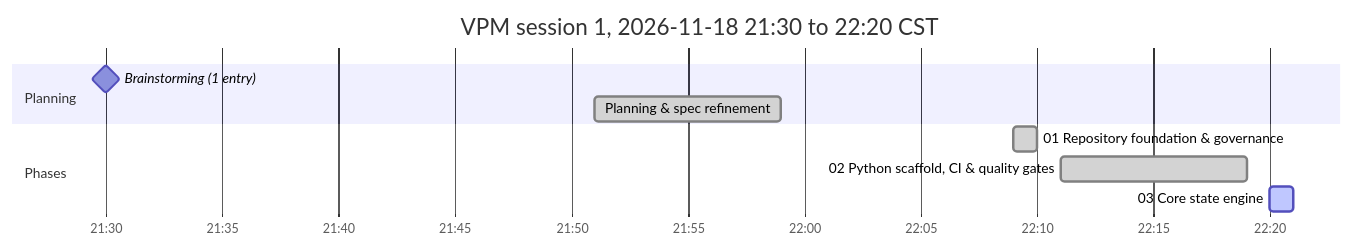
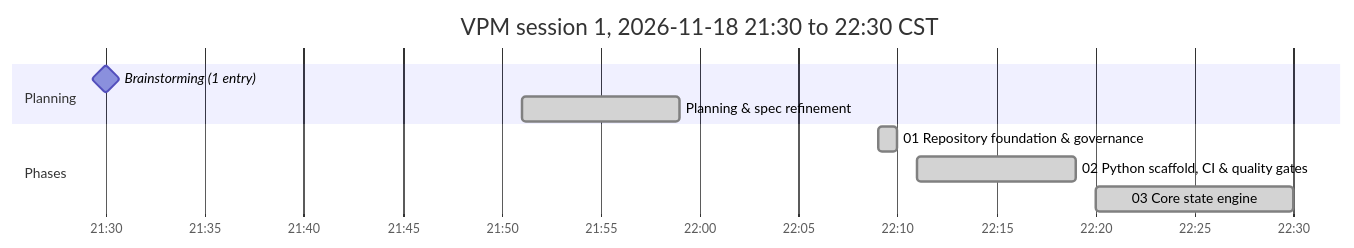
One commit to antonizick/VPNMonitor changed the diagram in VPM_IMPLEMENTATION_PLAN.md. Above: the diagram before and after it, drawn with Mermaid. The commit also changed other lines of this file and 1 other file, not shown here.

Commit message:
docs(plan): refresh timeline

````diff
--- a/VPM_IMPLEMENTATION_PLAN.md
+++ b/VPM_IMPLEMENTATION_PLAN.md
@@ -52,13 +52,13 @@
 ```mermaid
 gantt
-    title VPM session 1, 2026-11-18 21:30 to 22:20 CST
+    title VPM session 1, 2026-11-18 21:30 to 22:30 CST
     dateFormat YYYY-MM-DD HH:mm
     axisFormat %H:%M
     section Planning
     Brainstorming (1 entry) :milestone, bs1, 2026-11-18 21:30, 0m
     Planning & spec refinement :done, p00, 2026-11-18 21:51, 2026-11-18 21:59
     section Phases
     01 Repository foundation & governance :done, p01s1, 2026-11-18 22:09, 2026-11-18 22:10
     02 Python scaffold, CI & quality gates :done, p02s1, 2026-11-18 22:11, 2026-11-18 22:19
-    03 Core state engine :active, p03s1, 2026-11-18 22:20, 2026-11-18 22:21
+    03 Core state engine :done, p03s1, 2026-11-18 22:20, 2026-11-18 22:30
 ```
````
